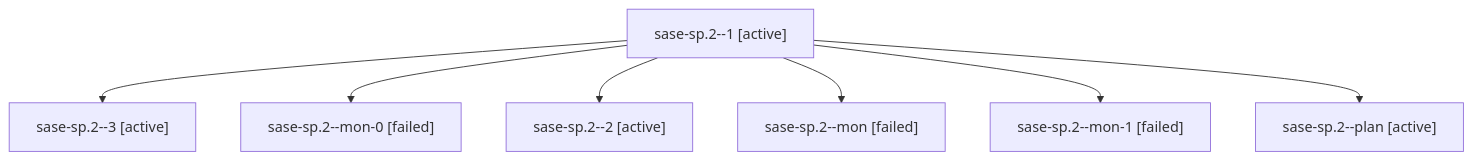
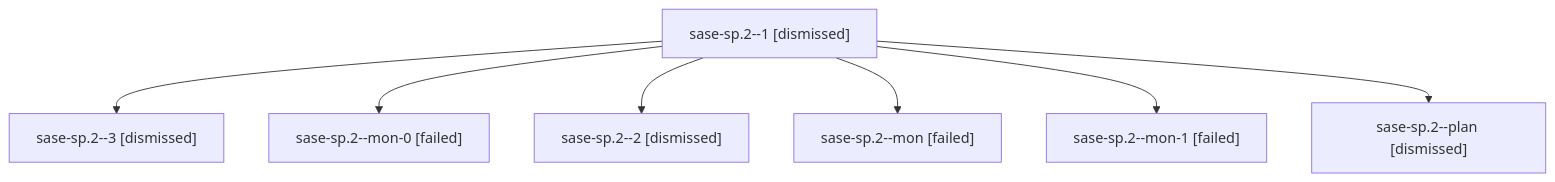
One commit to sase-org/sase--agents changed the diagram in sessions/bbugyi200.athena.sase-sp.2.md. Above: the diagram before and after it, drawn with Mermaid. The commit also changed other lines of this file and 189 other files, not shown here.

````diff
--- a/sessions/bbugyi200.athena.sase-sp.2.md
+++ b/sessions/bbugyi200.athena.sase-sp.2.md
@@ -9,16 +9,16 @@
 ```mermaid
 flowchart TD
-  n0["sase-sp.2--1 [active]"]
-  n1["sase-sp.2--3 [active]"]
+  n0["sase-sp.2--1 [dismissed]"]
+  n1["sase-sp.2--3 [dismissed]"]
   n0 --> n1
   n2["sase-sp.2--mon-0 [failed]"]
   n0 --> n2
-  n3["sase-sp.2--2 [active]"]
+  n3["sase-sp.2--2 [dismissed]"]
   n0 --> n3
   n4["sase-sp.2--mon [failed]"]
   n0 --> n4
   n5["sase-sp.2--mon-1 [failed]"]
   n0 --> n5
-  n6["sase-sp.2--plan [active]"]
+  n6["sase-sp.2--plan [dismissed]"]
   n0 --> n6
 ```
````
